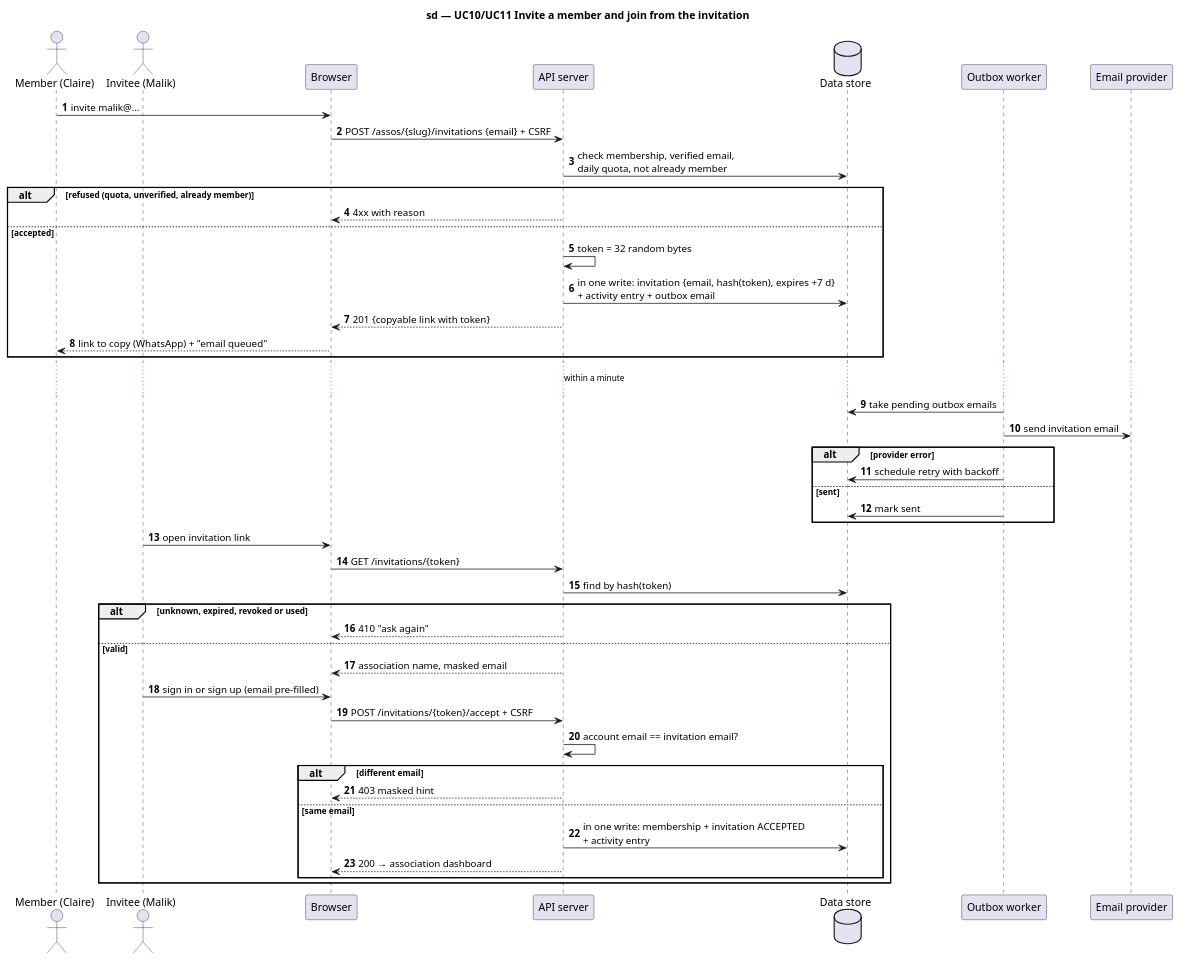
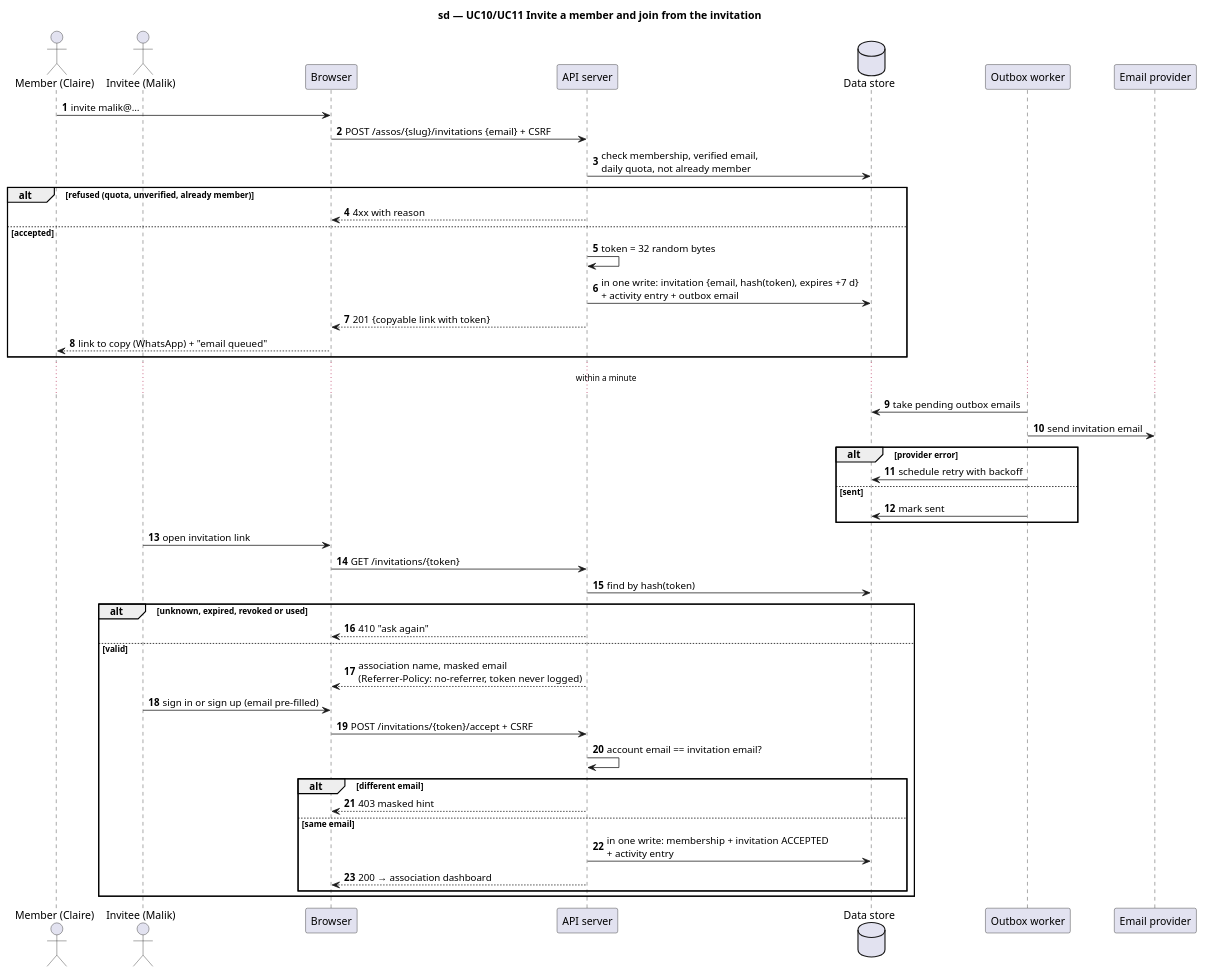
Before and after one commit to benoit-bremaud/HappiHub: the diagram in docs/architecture/diagrams/v1-events/02b-sequence-invite-and-join.puml, drawn with PlantUML. The commit also changed 14 other files, not shown here.

First line of the commit message:
docs(uml): apply review to class and sequence diagrams

```diff
--- a/docs/architecture/diagrams/v1-events/02b-sequence-invite-and-join.puml
+++ b/docs/architecture/diagrams/v1-events/02b-sequence-invite-and-join.puml
@@ -1,49 +1,49 @@
 @startuml
 title sd — UC10/UC11 Invite a member and join from the invitation
 skinparam shadowing false
 autonumber
 actor "Member (Claire)" as C
 actor "Invitee (Malik)" as K
 participant "Browser" as B
 participant "API server" as A
 database "Data store" as D
 participant "Outbox worker" as W
 participant "Email provider" as E
 
 C -> B : invite malik@…
 B -> A : POST /assos/{slug}/invitations {email} + CSRF
 A -> D : check membership, verified email,\ndaily quota, not already member
 alt refused (quota, unverified, already member)
   A --> B : 4xx with reason
 else accepted
   A -> A : token = 32 random bytes
   A -> D : in one write: invitation {email, hash(token), expires +7 d}\n+ activity entry + outbox email
   A --> B : 201 {copyable link with token}
   B --> C : link to copy (WhatsApp) + "email queued"
 end
 ...within a minute...
 W -> D : take pending outbox emails
 W -> E : send invitation email
 alt provider error
   W -> D : schedule retry with backoff
 else sent
   W -> D : mark sent
 end
 K -> B : open invitation link
 B -> A : GET /invitations/{token}
 A -> D : find by hash(token)
 alt unknown, expired, revoked or used
   A --> B : 410 "ask again"
 else valid
-  A --> B : association name, masked email
+  A --> B : association name, masked email\n(Referrer-Policy: no-referrer, token never logged)
   K -> B : sign in or sign up (email pre-filled)
   B -> A : POST /invitations/{token}/accept + CSRF
   A -> A : account email == invitation email?
   alt different email
     A --> B : 403 masked hint
   else same email
     A -> D : in one write: membership + invitation ACCEPTED\n+ activity entry
     A --> B : 200 → association dashboard
   end
 end
 @enduml
```
